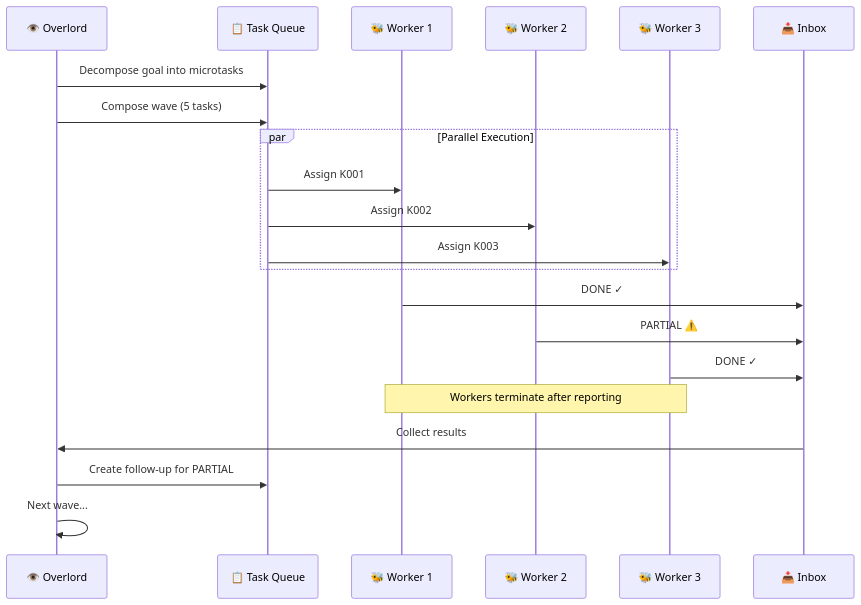
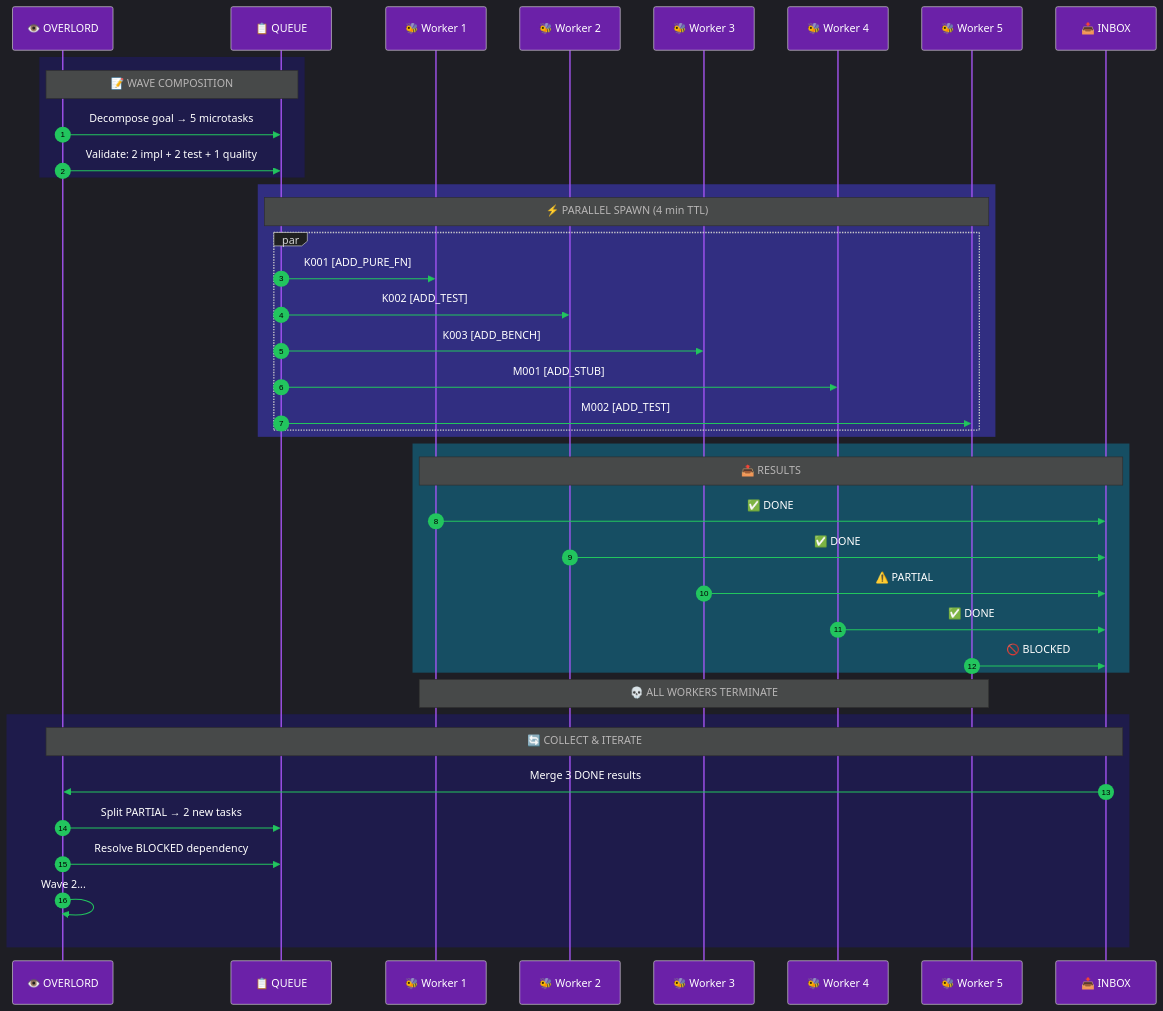
The second of 4 diagrams in README.md (goldbar123467/Zerg-Rush-For-Claude-Code), drawn with Mermaid before and after one commit. The commit also changed other lines of this file, not shown here.

First line of the commit message:
Enhance mermaid diagrams with dark theme and styling

````diff
--- a/README.md
+++ b/README.md
@@ -143,28 +153,49 @@
 ```mermaid
+%%{init: {'theme': 'dark', 'themeVariables': { 'actorBkg': '#6b21a8', 'actorTextColor': '#fff', 'actorLineColor': '#a855f7', 'signalColor': '#22c55e', 'signalTextColor': '#fff'}}}%%
 sequenceDiagram
-    participant O as 👁️ Overlord
-    participant T as 📋 Task Queue
+    autonumber
+    participant O as 👁️ OVERLORD
+    participant Q as 📋 QUEUE
     participant W1 as 🐝 Worker 1
     participant W2 as 🐝 Worker 2
     participant W3 as 🐝 Worker 3
-    participant I as 📥 Inbox
+    participant W4 as 🐝 Worker 4
+    participant W5 as 🐝 Worker 5
+    participant I as 📥 INBOX
 
-    O->>T: Decompose goal into microtasks
-    O->>T: Compose wave (5 tasks)
-
-    par Parallel Execution
-        T->>W1: Assign K001
-        T->>W2: Assign K002
-        T->>W3: Assign K003
+    rect rgb(30, 27, 75)
+        Note over O,Q: 📝 WAVE COMPOSITION
+        O->>Q: Decompose goal → 5 microtasks
+        O->>Q: Validate: 2 impl + 2 test + 1 quality
     end
 
-    W1->>I: DONE ✓
-    W2->>I: PARTIAL ⚠️
-    W3->>I: DONE ✓
+    rect rgb(49, 46, 129)
+        Note over Q,W5: ⚡ PARALLEL SPAWN (4 min TTL)
+        par
+            Q->>W1: K001 [ADD_PURE_FN]
+            Q->>W2: K002 [ADD_TEST]
+            Q->>W3: K003 [ADD_BENCH]
+            Q->>W4: M001 [ADD_STUB]
+            Q->>W5: M002 [ADD_TEST]
+        end
+    end
 
-    Note over W1,W3: Workers terminate after reporting
+    rect rgb(22, 78, 99)
+        Note over W1,I: 📤 RESULTS
+        W1->>I: ✅ DONE
+        W2->>I: ✅ DONE
+        W3->>I: ⚠️ PARTIAL
+        W4->>I: ✅ DONE
+        W5->>I: 🚫 BLOCKED
+    end
 
-    I->>O: Collect results
-    O->>T: Create follow-up for PARTIAL
-    O->>O: Next wave...
+    Note over W1,W5: 💀 ALL WORKERS TERMINATE
+
+    rect rgb(30, 27, 75)
+        Note over I,O: 🔄 COLLECT & ITERATE
+        I->>O: Merge 3 DONE results
+        O->>Q: Split PARTIAL → 2 new tasks
+        O->>Q: Resolve BLOCKED dependency
+        O->>O: Wave 2...
+    end
 ```
````
